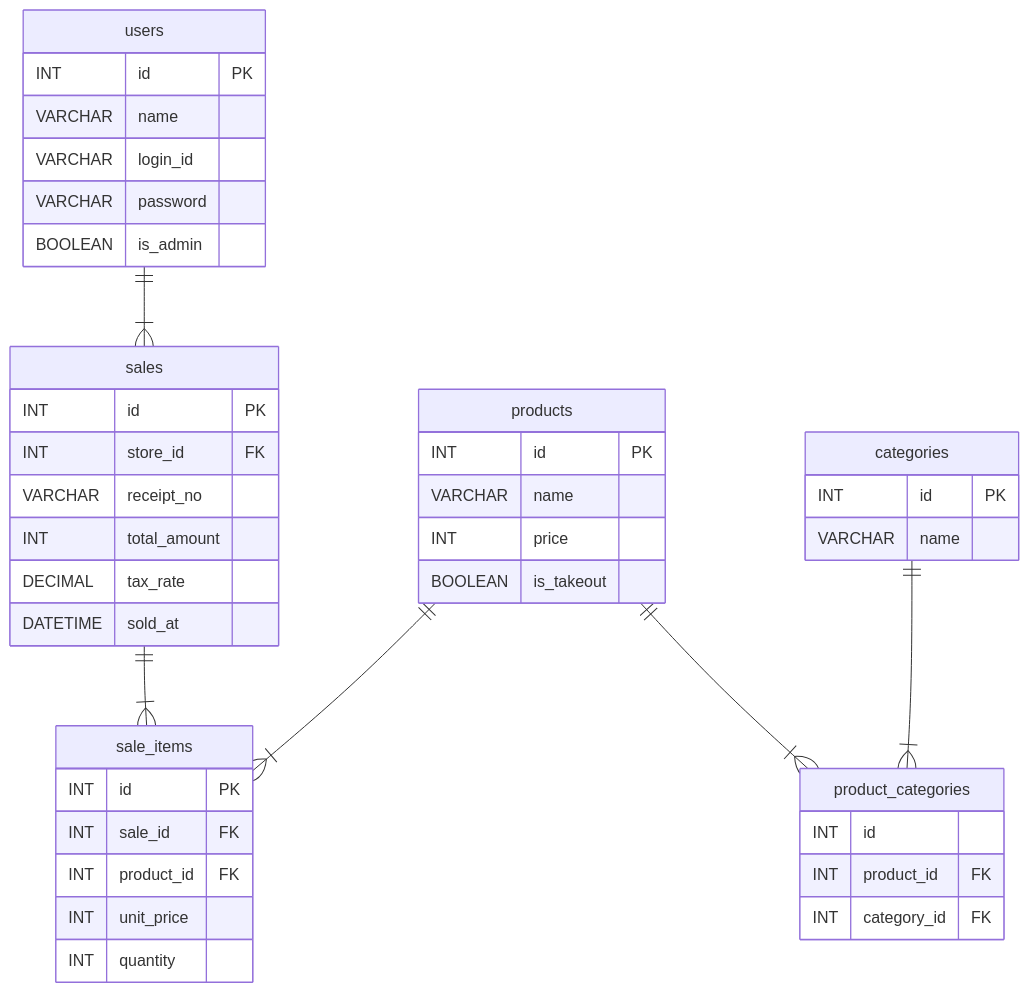
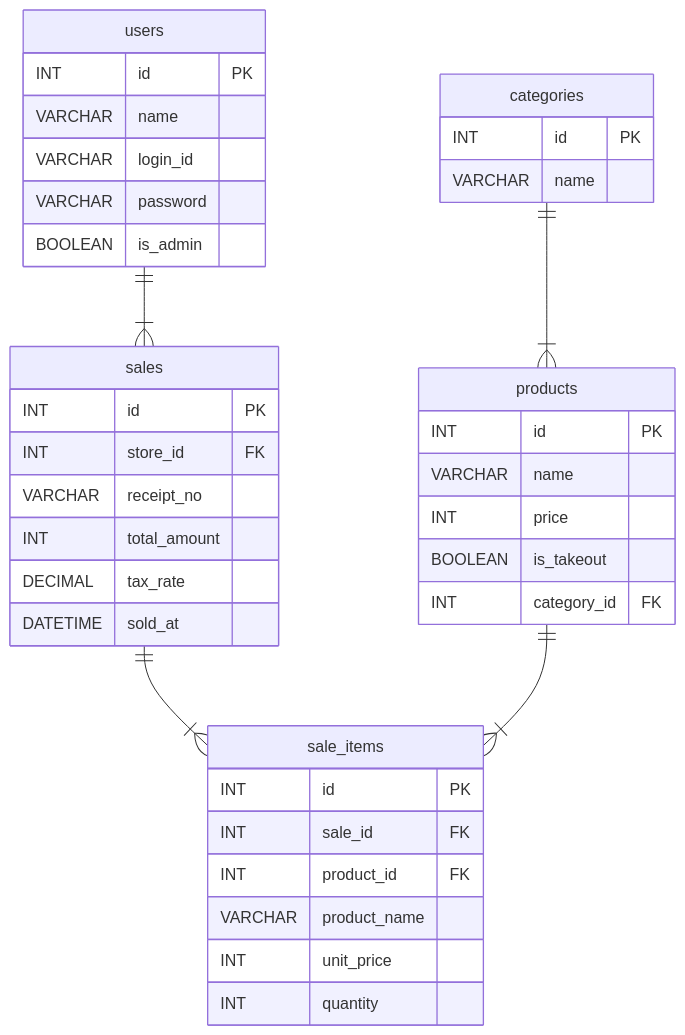
One commit to 250158hj-maker/cheers_yse_pos_nextjs changed the second of 2 diagrams in docs/基本設計書.md. Above: the diagram before and after it, drawn with Mermaid. The commit also changed other lines of this file, not shown here.

Commit message:
docs: 基本設計書をv1.3に更新（ER図確定、Q16/Q17/Q20/Q21反映）

````diff
--- a/docs/基本設計書.md
+++ b/docs/基本設計書.md
@@ -161,46 +171,42 @@
 ```mermaid
 erDiagram
     users ||--|{ sales : ""
     sales ||--|{ sale_items : ""
     products ||--|{ sale_items : ""
-    categories ||--|{ product_categories : ""
-    products ||--|{ product_categories : ""
+    categories ||--|{ products : ""
 
     users {
         INT id PK
         VARCHAR name
         VARCHAR login_id
         VARCHAR password
         BOOLEAN is_admin
     }
     products {
         INT id PK
         VARCHAR name
         INT price
         BOOLEAN is_takeout
+        INT category_id FK
     }
     sales {
         INT id PK
         INT store_id FK
         VARCHAR receipt_no
         INT total_amount
         DECIMAL tax_rate
         DATETIME sold_at
     }
     sale_items {
         INT id PK
         INT sale_id FK
         INT product_id FK
+        VARCHAR product_name
         INT unit_price
         INT quantity
     }
     categories {
         INT id PK
         VARCHAR name
     }
-    product_categories {
-        INT id
-        INT product_id FK
-        INT category_id FK
-    }
 ```
````
